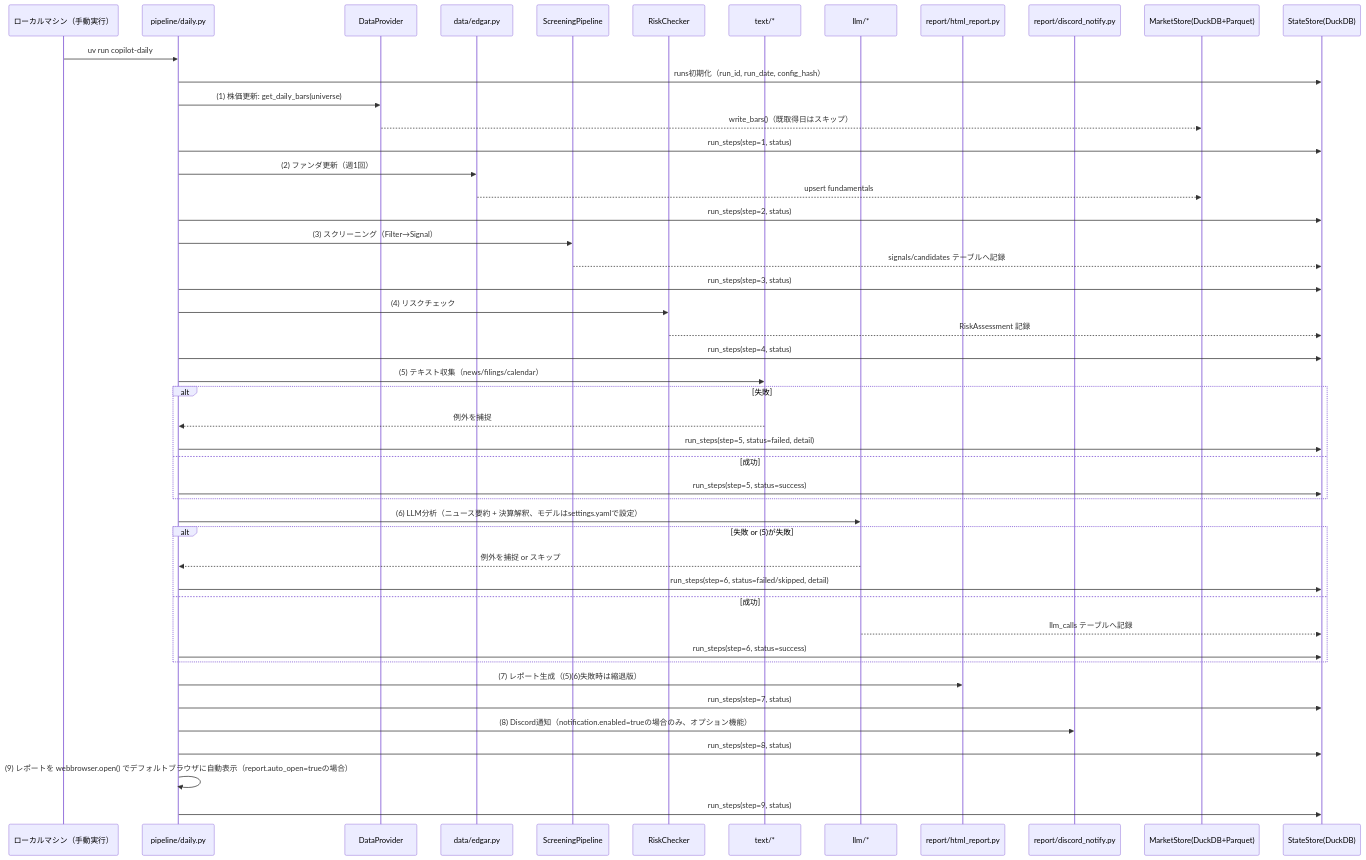
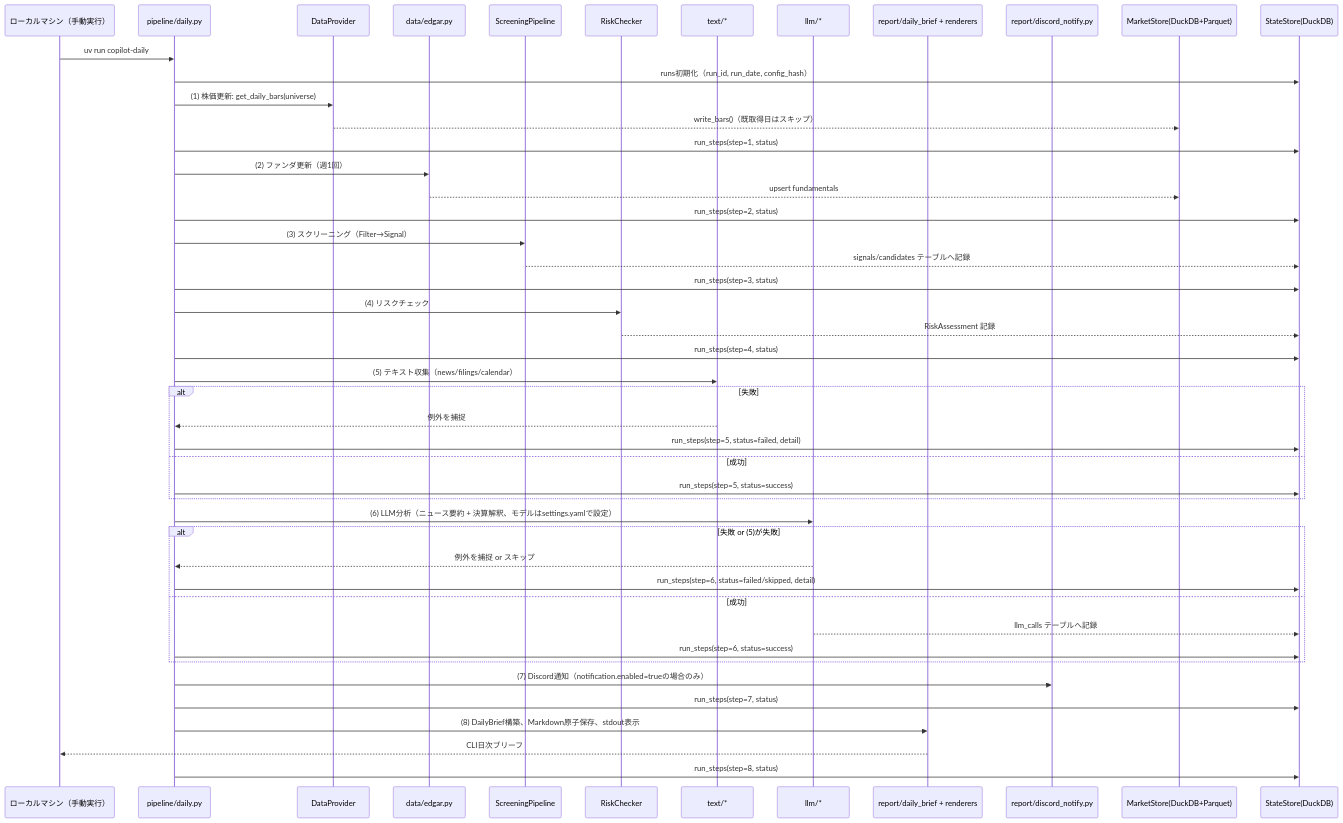
One commit to tomada1114/swing-copilot changed the second of 2 diagrams in docs/03_basic_design.md. Above: the diagram before and after it, drawn with Mermaid. The commit also changed other lines of this file and 45 other files, not shown here.

````diff
--- a/docs/03_basic_design.md
+++ b/docs/03_basic_design.md
@@ -134,60 +139,58 @@
 ```mermaid
 sequenceDiagram
     participant Local as ローカルマシン（手動実行）
     participant D as pipeline/daily.py
     participant DP as DataProvider
     participant EDG as data/edgar.py
     participant SCR as ScreeningPipeline
     participant RC as RiskChecker
     participant TXT as text/*
     participant LLM as llm/*
-    participant RPT as report/html_report.py
+    participant OUT as report/daily_brief + renderers
     participant DC as report/discord_notify.py
     participant MS as MarketStore(DuckDB+Parquet)
     participant ST as StateStore(DuckDB)
 
     Local->>D: uv run copilot-daily
     D->>ST: runs初期化（run_id, run_date, config_hash）
 
     D->>DP: (1) 株価更新: get_daily_bars(universe)
     DP-->>MS: write_bars()（既取得日はスキップ）
     D->>ST: run_steps(step=1, status)
 
     D->>EDG: (2) ファンダ更新（週1回）
     EDG-->>MS: upsert fundamentals
     D->>ST: run_steps(step=2, status)
 
     D->>SCR: (3) スクリーニング（Filter→Signal）
     SCR-->>ST: signals/candidates テーブルへ記録
     D->>ST: run_steps(step=3, status)
 
     D->>RC: (4) リスクチェック
     RC-->>ST: RiskAssessment 記録
     D->>ST: run_steps(step=4, status)
 
     D->>TXT: (5) テキスト収集（news/filings/calendar）
     alt 失敗
         TXT-->>D: 例外を捕捉
         D->>ST: run_steps(step=5, status=failed, detail)
     else 成功
         D->>ST: run_steps(step=5, status=success)
     end
 
     D->>LLM: (6) LLM分析（ニュース要約 + 決算解釈、モデルはsettings.yamlで設定）
     alt 失敗 or (5)が失敗
         LLM-->>D: 例外を捕捉 or スキップ
         D->>ST: run_steps(step=6, status=failed/skipped, detail)
     else 成功
         LLM-->>ST: llm_calls テーブルへ記録
         D->>ST: run_steps(step=6, status=success)
     end
 
-    D->>RPT: (7) レポート生成（(5)(6)失敗時は縮退版）
+    D->>DC: (7) Discord通知（notification.enabled=trueの場合のみ）
     D->>ST: run_steps(step=7, status)
 
-    D->>DC: (8) Discord通知（notification.enabled=trueの場合のみ、オプション機能）
+    D->>OUT: (8) DailyBrief構築、Markdown原子保存、stdout表示
+    OUT-->>Local: CLI日次ブリーフ
     D->>ST: run_steps(step=8, status)
-
-    D->>D: (9) レポートを webbrowser.open() でデフォルトブラウザに自動表示（report.auto_open=trueの場合）
-    D->>ST: run_steps(step=9, status)
 ```
````
